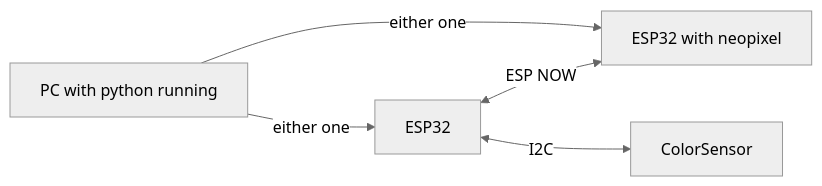
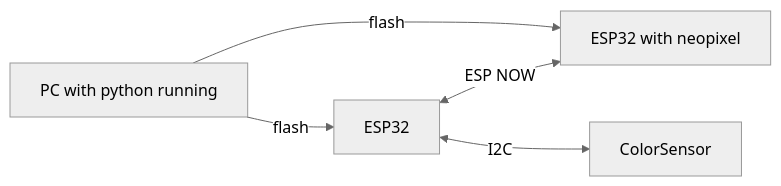
The diagram in NON-STM32 Project Folder/ESP-TCS3430/README.md (LESA-RPI/LESA_OccupancyUnit), drawn with Mermaid (neutral theme) before and after one commit.

````diff
--- a/NON-STM32 Project Folder/ESP-TCS3430/README.md
+++ b/NON-STM32 Project Folder/ESP-TCS3430/README.md
@@ -9,10 +9,10 @@
 ```mermaid
 graph LR
 esp1[ESP32]
 esp2[ESP32 with neopixel]
 cols[ColorSensor]
 computer[PC with python running]
-computer --either one--> esp1 & esp2
+computer --flash--> esp1 & esp2
 esp1<--ESP NOW-->esp2
 esp1<--I2C-->cols
 ```
````
